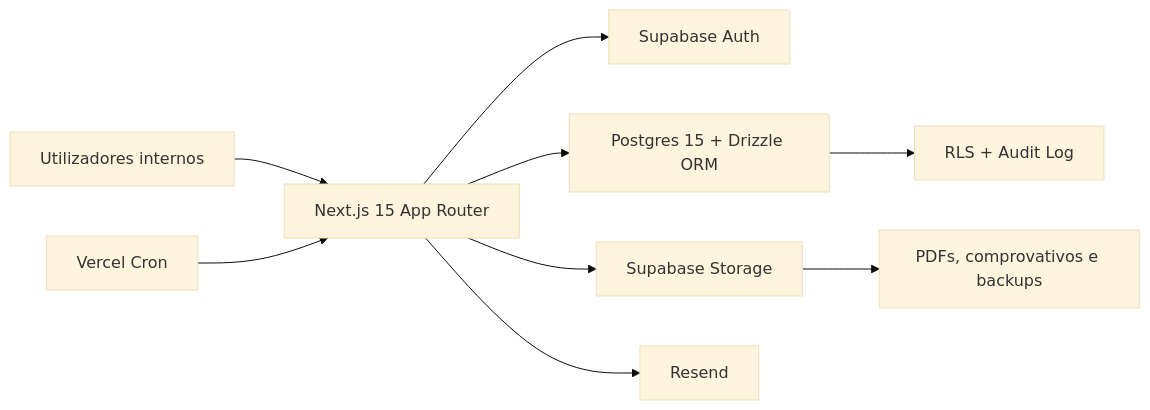
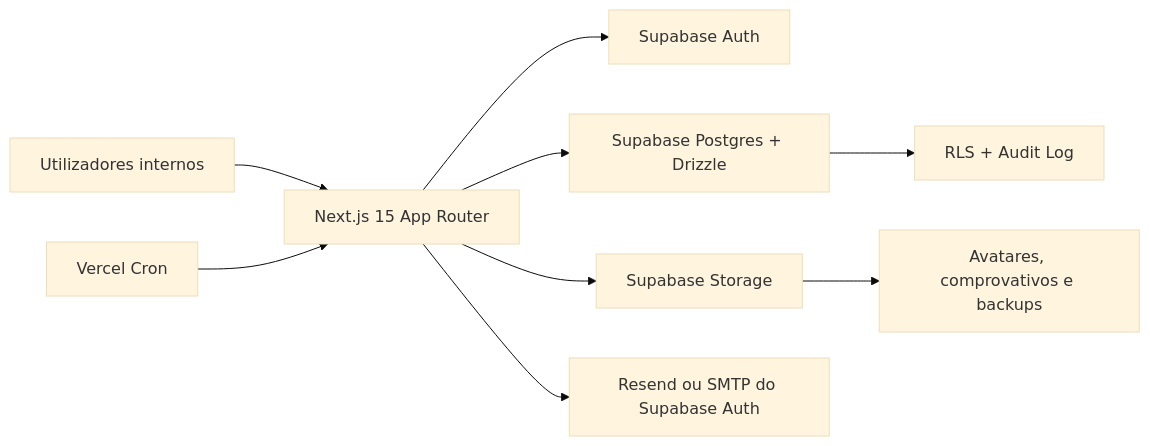
The second of 2 diagrams in README.md (atchutchi/abiptom-admin), drawn with Mermaid (base theme) before and after one commit. The commit also changed other lines of this file and 1 other file, not shown here.

````diff
--- a/README.md
+++ b/README.md
@@ -129,11 +182,11 @@
 ```mermaid
 flowchart LR
     U["Utilizadores internos"] --> N["Next.js 15 App Router"]
     N --> A["Supabase Auth"]
-    N --> D["Postgres 15 + Drizzle ORM"]
+    N --> D["Supabase Postgres + Drizzle"]
     N --> S["Supabase Storage"]
-    N --> R["Resend"]
-    C["Vercel Cron"] --> N
-    D --> X["RLS + Audit Log"]
-    S --> Y["PDFs, comprovativos e backups"]
+    N --> E["Resend ou SMTP do Supabase Auth"]
+    V["Vercel Cron"] --> N
+    D --> R["RLS + Audit Log"]
+    S --> P["Avatares, comprovativos e backups"]
 ```
````
